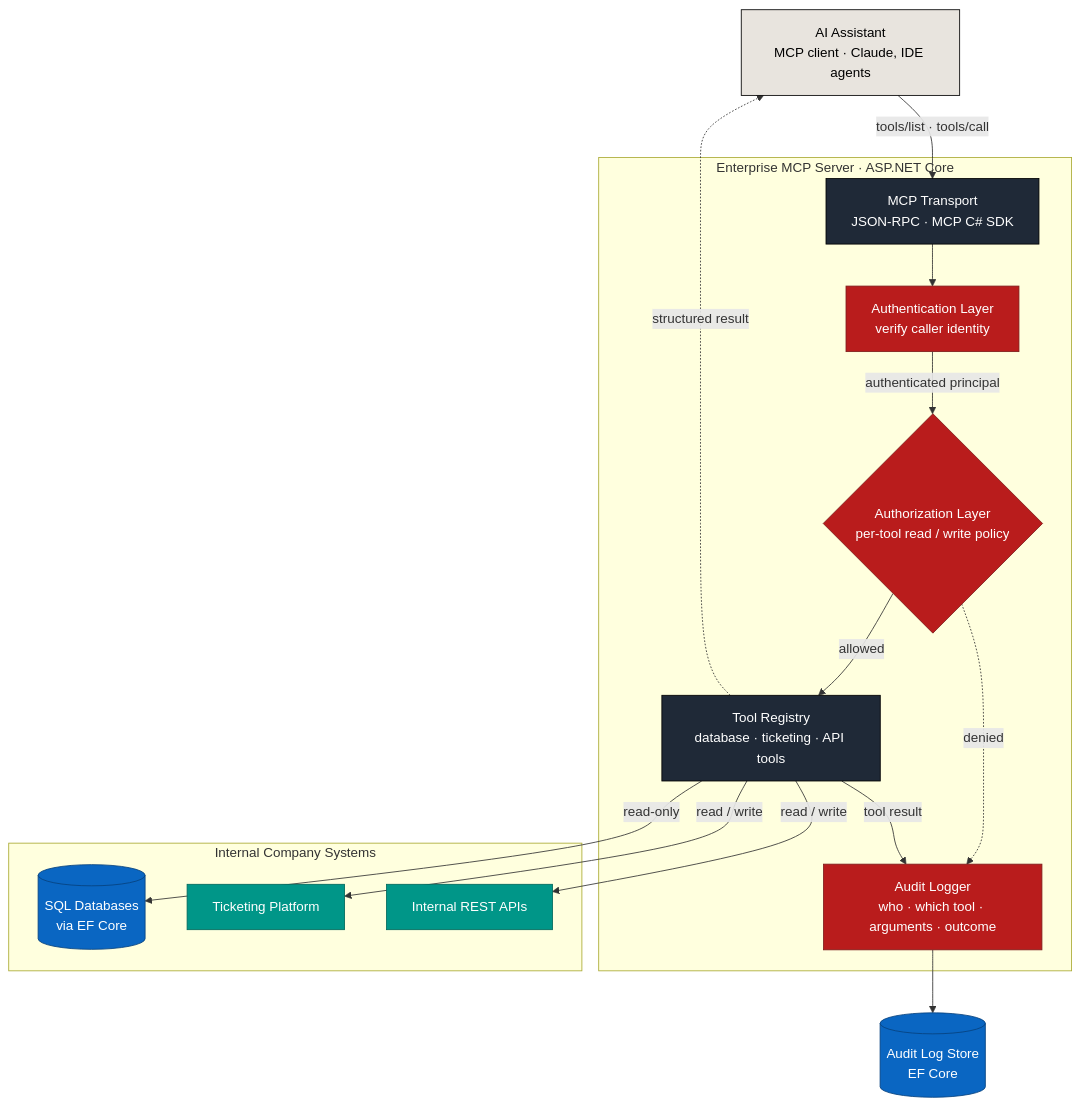
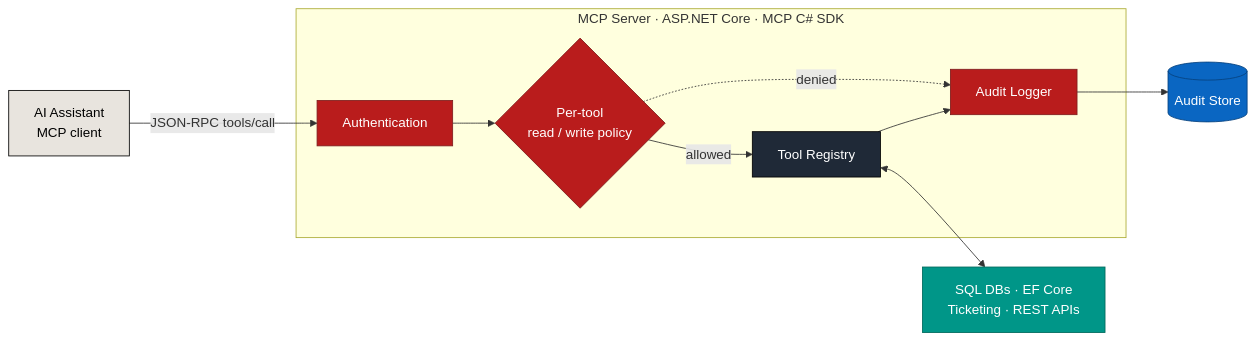
One commit to StealthyPete12/StealthyPete12 changed the first of 7 diagrams in README.md. Above: the diagram before and after it, drawn with Mermaid. The commit also changed other lines of this file, not shown here.

Commit message:
updated about me and architecture

````diff
--- a/README.md
+++ b/README.md
@@ -315,43 +285,27 @@
 ```mermaid
-flowchart TB
-    HOST["AI Assistant<br/>MCP client · Claude, IDE agents"]
+flowchart LR
+    HOST["AI Assistant<br/>MCP client"]
+    subgraph SERVER["MCP Server · ASP.NET Core · MCP C# SDK"]
+        AUTHN["Authentication"] --> AUTHZ{"Per-tool<br/>read / write policy"}
+        AUTHZ -->|allowed| TOOLS["Tool Registry"]
+        AUTHZ -.->|denied| AUDIT["Audit Logger"]
+        TOOLS --> AUDIT
+    end
+    SYS["SQL DBs · EF Core<br/>Ticketing · REST APIs"]
+    AUDITDB[("Audit Store")]
 
-    subgraph SERVER["Enterprise MCP Server · ASP.NET Core"]
-        TRANSPORT["MCP Transport<br/>JSON-RPC · MCP C# SDK"]
-        AUTHN["Authentication Layer<br/>verify caller identity"]
-        AUTHZ{"Authorization Layer<br/>per-tool read / write policy"}
-        TOOLS["Tool Registry<br/>database · ticketing · API tools"]
-        AUDIT["Audit Logger<br/>who · which tool · arguments · outcome"]
-    end
-
-    subgraph INTERNAL["Internal Company Systems"]
-        DB[("SQL Databases<br/>via EF Core")]
-        TICKETS["Ticketing Platform"]
-        APIS["Internal REST APIs"]
-    end
-
-    AUDITDB[("Audit Log Store<br/>EF Core")]
-
-    HOST -->|"tools/list · tools/call"| TRANSPORT
-    TRANSPORT --> AUTHN
-    AUTHN -->|authenticated principal| AUTHZ
-    AUTHZ -->|allowed| TOOLS
-    AUTHZ -.->|denied| AUDIT
-    TOOLS -->|read-only| DB
-    TOOLS -->|read / write| TICKETS
-    TOOLS -->|read / write| APIS
-    TOOLS -->|tool result| AUDIT
+    HOST -->|"JSON-RPC tools/call"| AUTHN
+    TOOLS <--> SYS
     AUDIT --> AUDITDB
-    TOOLS -.->|structured result| HOST
 
     classDef client fill:#E8E4DE,stroke:#000,color:#000
     classDef core fill:#1F2937,stroke:#000,color:#fff
     classDef security fill:#B91C1C,stroke:#7F1D1D,color:#fff
     classDef data fill:#0A66C2,stroke:#06427F,color:#fff
     classDef ext fill:#009688,stroke:#00695C,color:#fff
     class HOST client
-    class TRANSPORT,TOOLS core
+    class TOOLS core
     class AUTHN,AUTHZ,AUDIT security
-    class DB,AUDITDB data
-    class TICKETS,APIS ext
+    class AUDITDB data
+    class SYS ext
 ```
````
